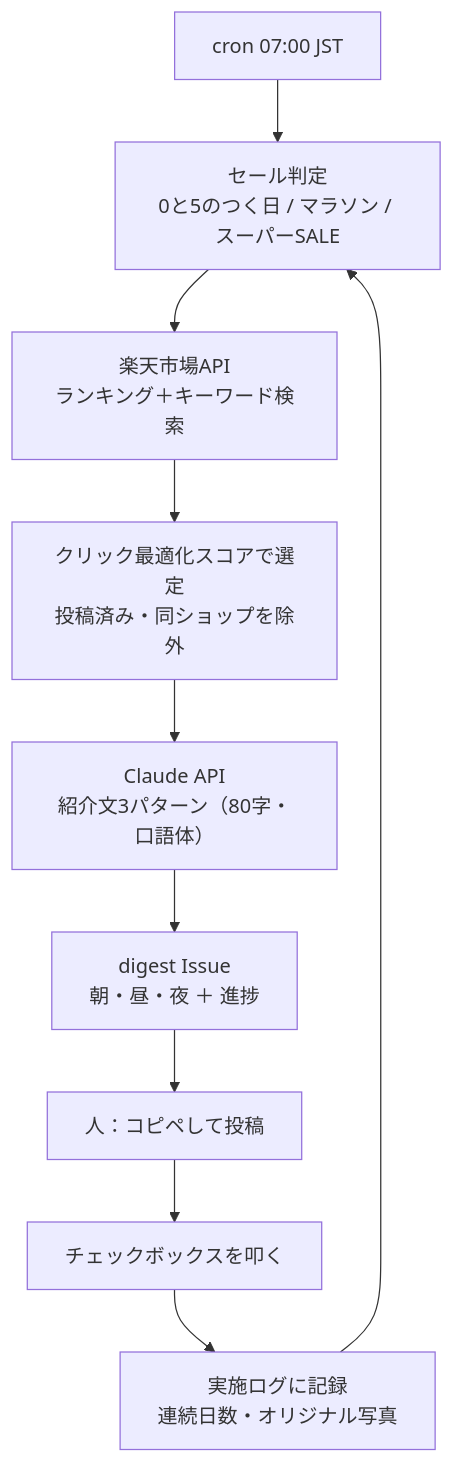
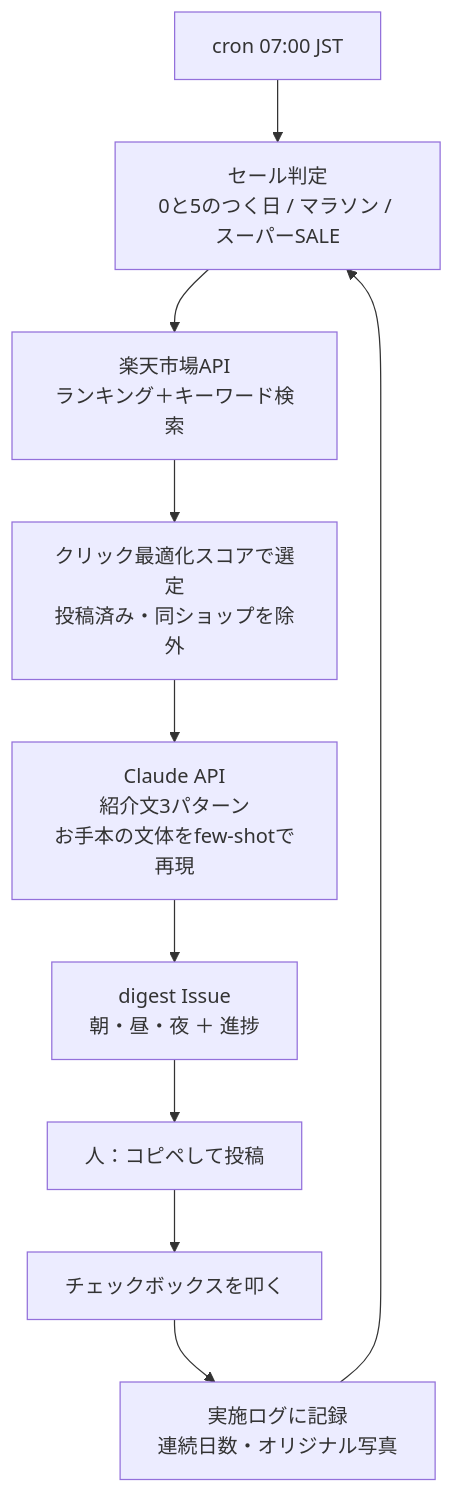
The first of 2 diagrams in auto-instagram/README.md (taro52233-prog/jiko-koteikan-app), drawn with Mermaid before and after one commit. The commit also changed other lines of this file and 8 other files, not shown here.

````diff
--- a/auto-instagram/README.md
+++ b/auto-instagram/README.md
@@ -22,12 +22,12 @@
 ```mermaid
 flowchart TB
   A["cron 07:00 JST"] --> B["セール判定<br/>0と5のつく日 / マラソン / スーパーSALE"]
   B --> C["楽天市場API<br/>ランキング＋キーワード検索"]
   C --> D["クリック最適化スコアで選定<br/>投稿済み・同ショップを除外"]
-  D --> E["Claude API<br/>紹介文3パターン（80字・口語体）"]
+  D --> E["Claude API<br/>紹介文3パターン<br/>お手本の文体をfew-shotで再現"]
   E --> F["digest Issue<br/>朝・昼・夜 ＋ 進捗"]
   F --> G["人：コピペして投稿"]
   G --> H["チェックボックスを叩く"]
   H --> I["実施ログに記録<br/>連続日数・オリジナル写真"]
   I --> B
 ```
````
